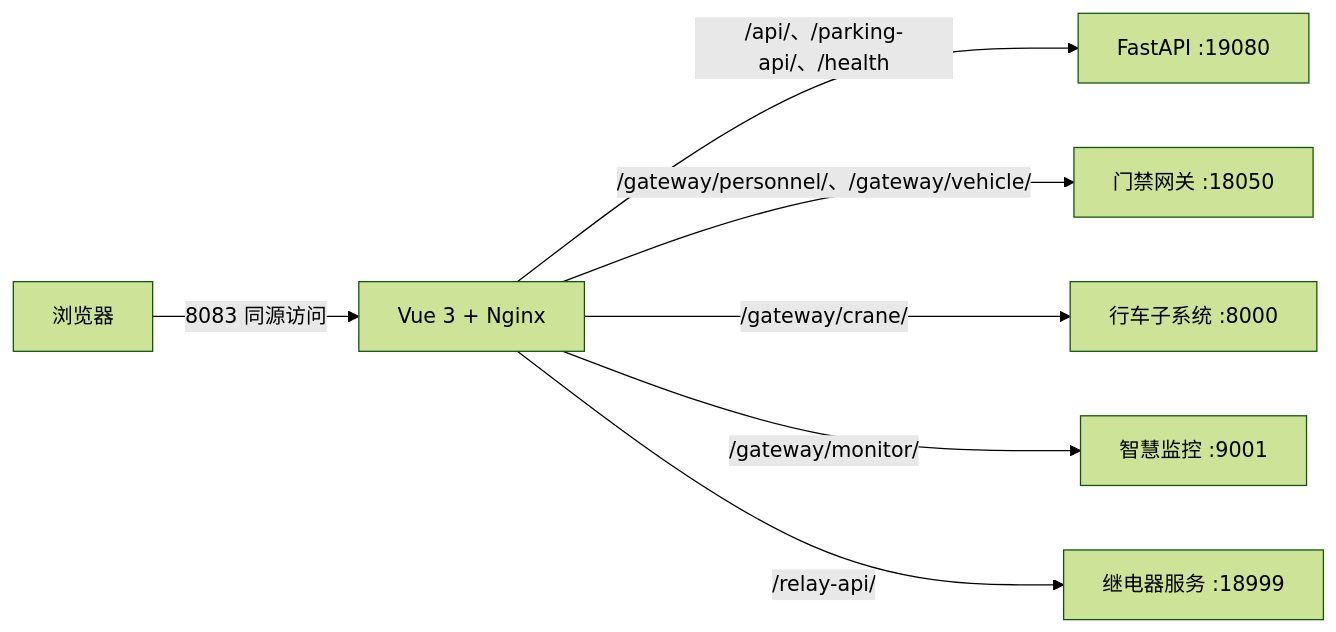
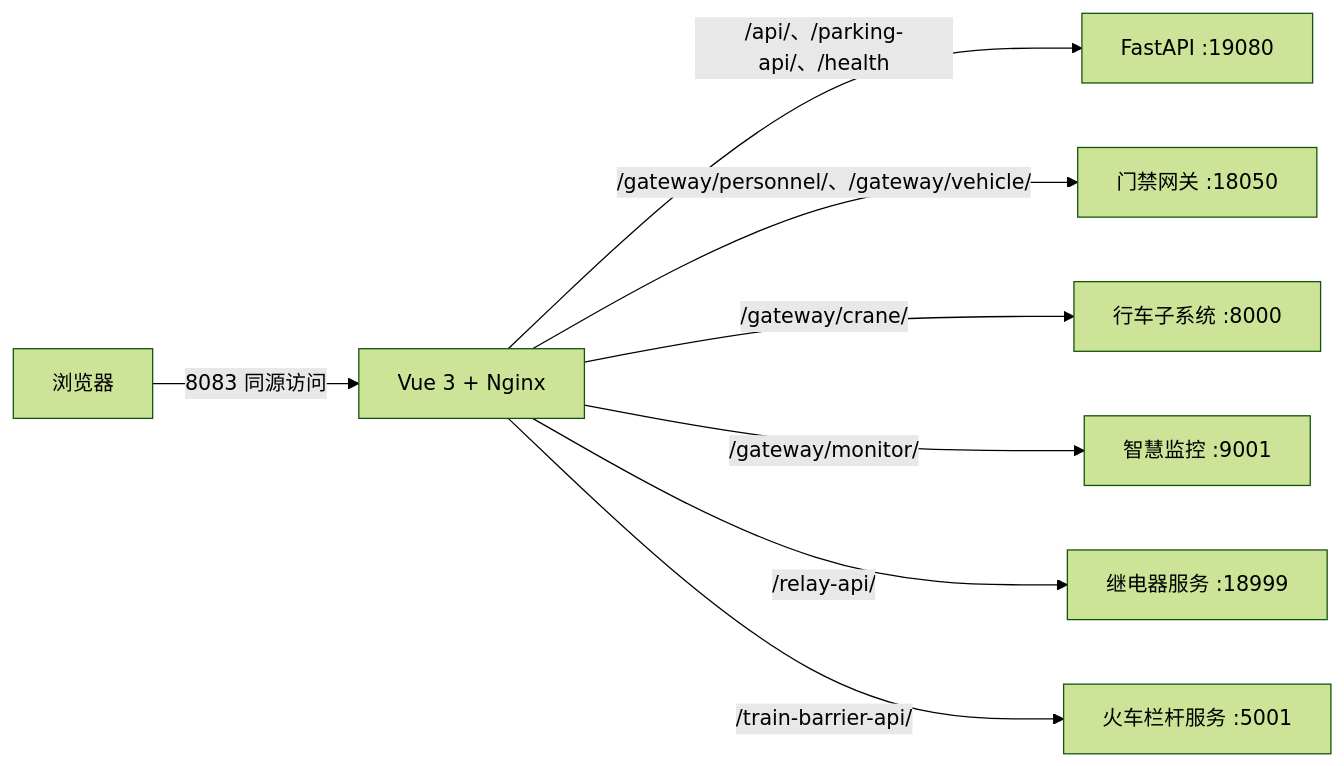
The diagram in README.md (yyh111222333/NgDataTwinFrontedDemo), drawn with Mermaid (forest theme) before and after one commit. The commit also changed other lines of this file and 11 other files, not shown here.

````diff
--- a/README.md
+++ b/README.md
@@ -27,9 +27,10 @@
 ```mermaid
 flowchart LR
     B["浏览器"] -->|"8083 同源访问"| N["Vue 3 + Nginx"]
     N -->|"/api/、/parking-api/、/health"| F["FastAPI :19080"]
     N -->|"/gateway/personnel/、/gateway/vehicle/"| A["门禁网关 :18050"]
     N -->|"/gateway/crane/"| C["行车子系统 :8000"]
     N -->|"/gateway/monitor/"| M["智慧监控 :9001"]
     N -->|"/relay-api/"| R["继电器服务 :18999"]
+    N -->|"/train-barrier-api/"| T["火车栏杆服务 :5001"]
 ```
````
